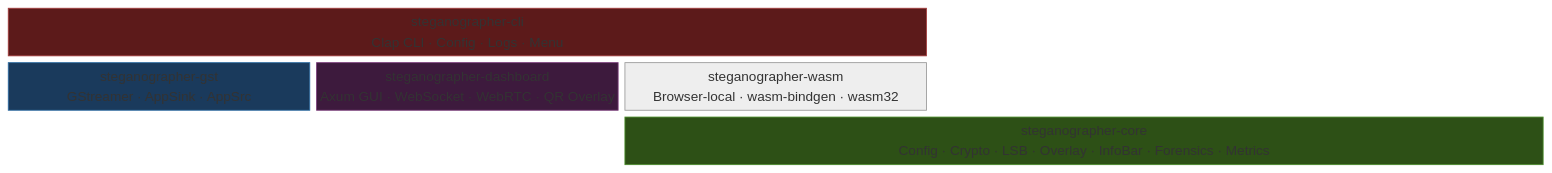
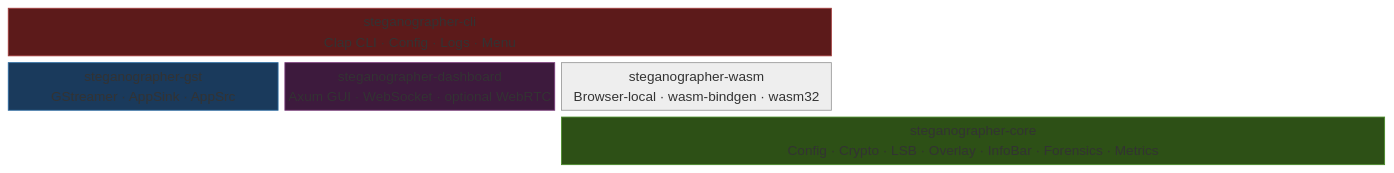
One commit to docxology/steganographer changed the diagram in docs/README.md. Above: the diagram before and after it, drawn with Mermaid (neutral theme). The commit also changed other lines of this file and 160 other files, not shown here.

````diff
--- a/docs/README.md
+++ b/docs/README.md
@@ -68,15 +69,15 @@
 ```mermaid
 block-beta
     columns 3
     CLI["steganographer-cli\nClap CLI · Config · Logs · Menu"]:3
     GST["steganographer-gst\nGStreamer · AppSink · AppSrc"]:1
-    DASH["steganographer-dashboard\nAxum GUI · WebSocket · WebRTC · QR Overlay"]:1
+    DASH["steganographer-dashboard\nAxum GUI · WebSocket · optional WebRTC"]:1
     WASM["steganographer-wasm\nBrowser-local · wasm-bindgen · wasm32"]:1
     space:1
     space:1
     CORE["steganographer-core\nConfig · Crypto · LSB · Overlay · InfoBar · Forensics · Metrics"]:3
     style CLI fill:#5c1a1a,stroke:#a33c3c,color:#fff
     style GST fill:#1a3a5c,stroke:#2d6da3,color:#fff
     style DASH fill:#3d1a3d,stroke:#7a3c7a,color:#fff
     style CORE fill:#2d5016,stroke:#4a8c2a,color:#fff
 ```
````
